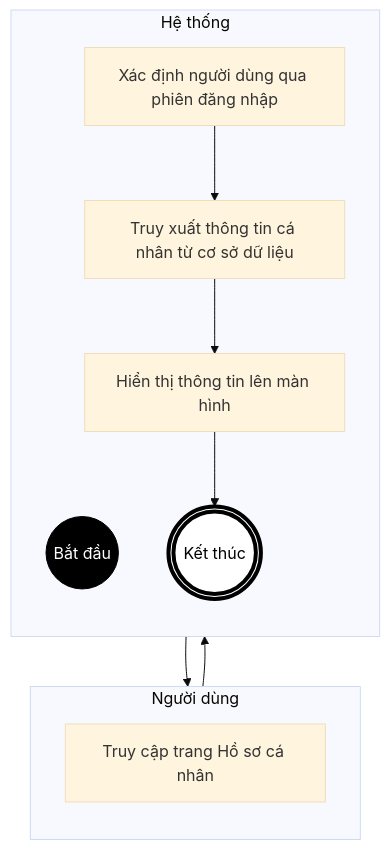
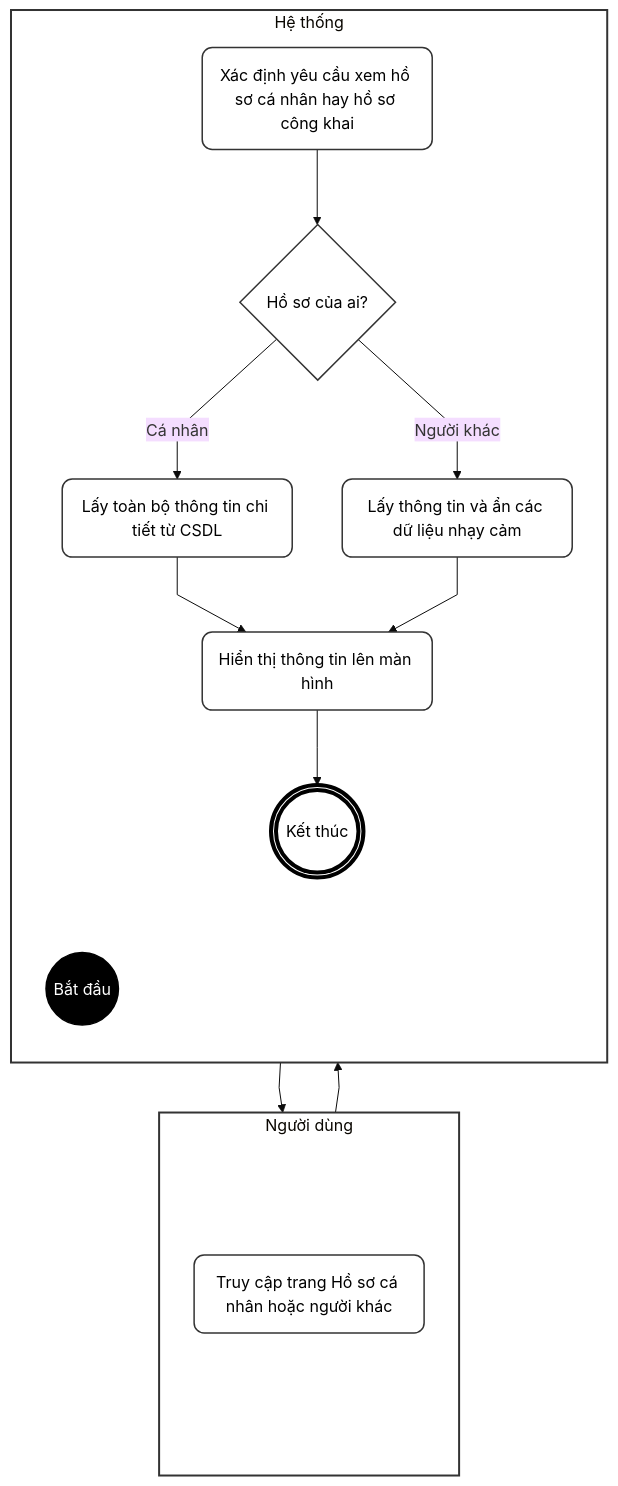
One commit to ChuDucAnh21/BE-quan-ly-su-kien changed the seventh of 9 diagrams in doc/system_analysis/activity diagram/08a_activity_auth_profile.md. Above: the diagram before and after it, drawn with Mermaid (base theme). The commit also changed other lines of this file and 26 other files, not shown here.

````diff
--- a/doc/system_analysis/activity diagram/08a_activity_auth_profile.md
+++ b/doc/system_analysis/activity diagram/08a_activity_auth_profile.md
@@ -306,25 +378,49 @@
 ```mermaid
+%%{init: {"flowchart": {"curve": "linear"}}}%%
 flowchart TD
+    classDef default fill:#fff,stroke:#333,stroke-width:1.5px,color:#000,rx:10px,ry:10px;
     classDef startNode fill:#000,stroke:#000,color:#fff;
     classDef endNode fill:#fff,stroke:#000,stroke-width:4px,color:#000;
+    classDef hidden fill:none,stroke:none,color:none;
 
     subgraph TacNhan [Người dùng]
         direction TB
-        A[Truy cập trang Hồ sơ cá nhân]
+        T_start(" "):::hidden
+        A(Truy cập trang Hồ sơ cá nhân hoặc người khác)
+        T_end(" "):::hidden
     end
 
     subgraph HeThong [Hệ thống]
         direction TB
+        H_start(" "):::hidden
         Start((Bắt đầu)):::startNode
-        B[Xác định người dùng qua phiên đăng nhập]
-        C[Truy xuất thông tin cá nhân từ cơ sở dữ liệu]
-        D[Hiển thị thông tin lên màn hình]
+        B(Xác định yêu cầu xem hồ sơ cá nhân hay hồ sơ công khai)
+        C{Hồ sơ của ai?}
+        D(Lấy toàn bộ thông tin chi tiết từ CSDL)
+        E(Lấy thông tin và ẩn các dữ liệu nhạy cảm)
+        F(Hiển thị thông tin lên màn hình)
         End(((Kết thúc))):::endNode
+        H_end(" "):::hidden
     end
+
+    T_start ~~~ H_start
+    T_end ~~~ H_end
+
+    T_start ~~~ A
+    A ~~~ T_end
+
+    H_start ~~~ Start
+    End ~~~ H_end
 
     Start --> A
     A --> B
     B --> C
-    C --> D
-    D --> End
+    C -- Cá nhân --> D
+    C -- Người khác --> E
+    D --> F
+    E --> F
+    F --> End
+
+    style TacNhan fill:#fff,stroke:#333,stroke-width:2px
+    style HeThong fill:#fff,stroke:#333,stroke-width:2px
 ```
````
